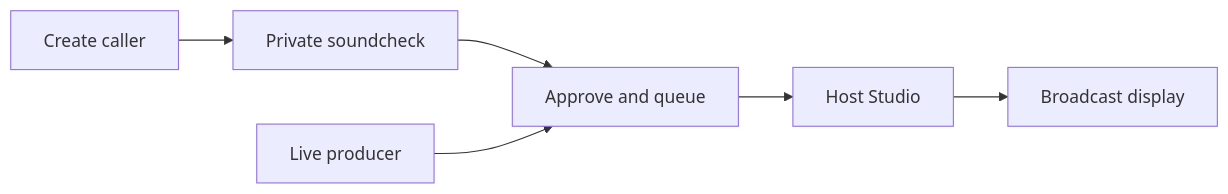
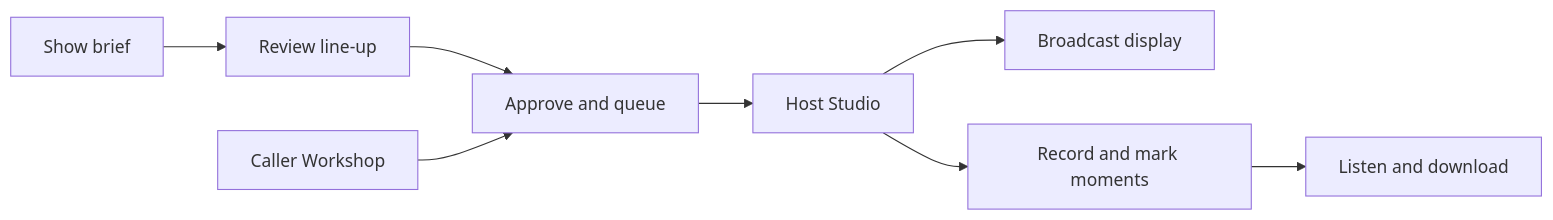
The diagram in README.md (paolodit/phone-in-studio), drawn with Mermaid before and after one commit. The commit also changed other lines of this file and 26 other files, not shown here.

````diff
--- a/README.md
+++ b/README.md
@@ -41,8 +43,10 @@
 ```mermaid
 flowchart LR
-    A["Create caller"] --> B["Private soundcheck"]
+    A["Show brief"] --> B["Review line-up"]
     B --> C["Approve and queue"]
+    F["Caller Workshop"] --> C
     C --> D["Host Studio"]
     D --> E["Broadcast display"]
-    F["Live producer"] --> C
+    D --> G["Record and mark moments"]
+    G --> H["Listen and download"]
 ```
````
